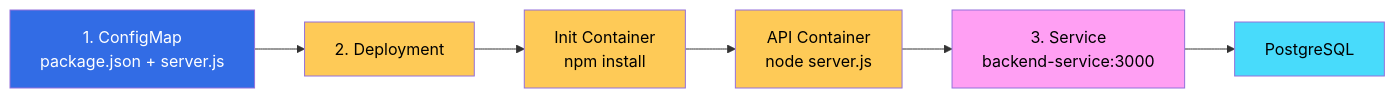
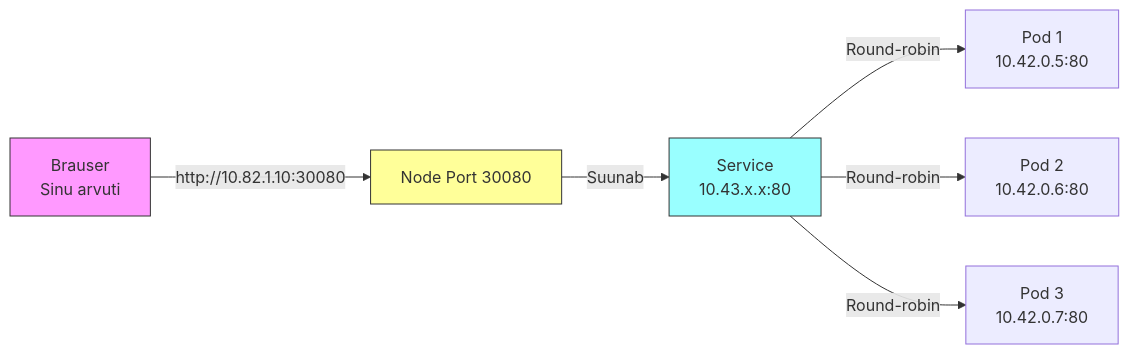
One commit to mtalvik/automatiseerimine_ext changed the fifth of 7 diagrams in docs/kubernetes/labor.md. Above: the diagram before and after it, drawn with Mermaid. The commit also changed other lines of this file and 5 other files, not shown here.

````diff
--- a/docs/kubernetes/labor.md
+++ b/docs/kubernetes/labor.md
@@ -634,15 +484,12 @@
 ```mermaid
 graph LR
-    A[1. ConfigMap<br/>package.json + server.js] --> B[2. Deployment]
-    B --> C[Init Container<br/>npm install]
-    C --> D[API Container<br/>node server.js]
-    D --> E[3. Service<br/>backend-service:3000]
-    E --> F[PostgreSQL]
+    A[Brauser<br/>Sinu arvuti] -->|http://10.82.1.10:30080| B[Node Port 30080]
+    B -->|Suunab| C[Service<br/>10.43.x.x:80]
+    C -->|Round-robin| D[Pod 1<br/>10.42.0.5:80]
+    C -->|Round-robin| E[Pod 2<br/>10.42.0.6:80]
+    C -->|Round-robin| F[Pod 3<br/>10.42.0.7:80]
     
-    style A fill:#326ce5,color:#fff
-    style B fill:#feca57,color:#000
-    style C fill:#feca57,color:#000
-    style D fill:#feca57,color:#000
-    style E fill:#ff9ff3,color:#000
-    style F fill:#48dbfb,color:#000
+    style A fill:#f9f,stroke:#333
+    style B fill:#ff9,stroke:#333
+    style C fill:#9ff,stroke:#333
 ```
````
